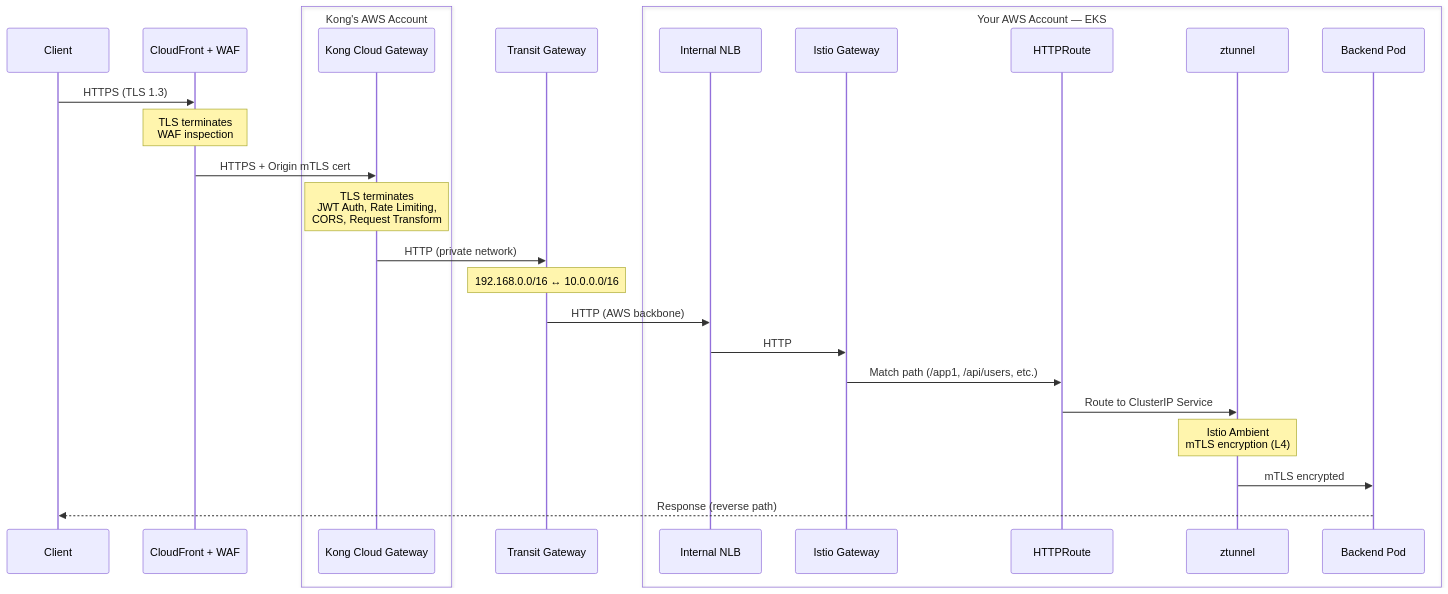
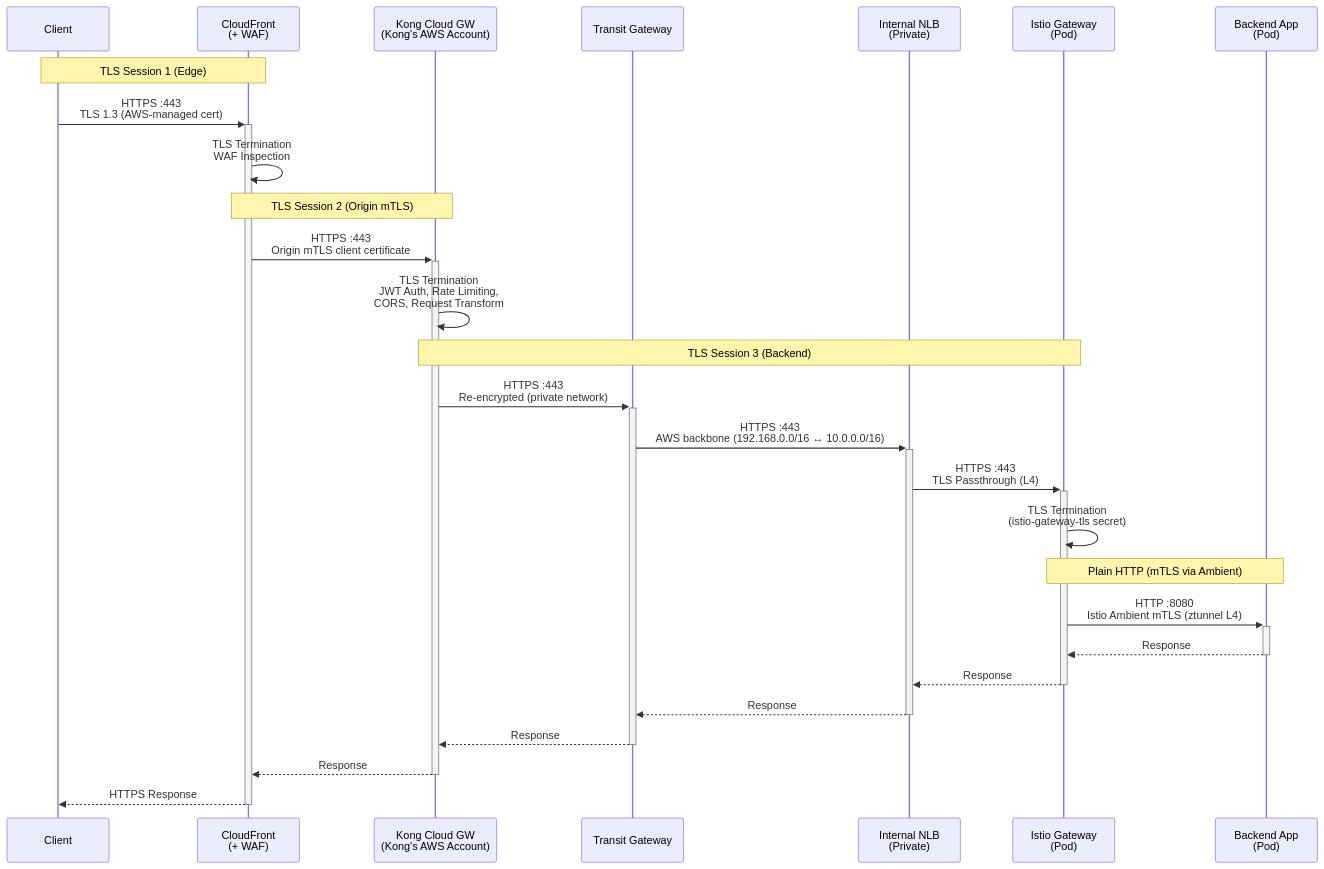
The third of 5 diagrams in README.md (shanaka-versent/Kong-Konnect-Cloud-Gateway-on-EKS), drawn with Mermaid before and after one commit. The commit also changed other lines of this file, not shown here.

Commit message:
Show TLS termination at Istio Gateway in architecture diagrams
Update encryption flow, sequence diagram, and architecture diagram to
accurately reflect HTTPS between Kong and NLB with TLS termination at
the Istio Gateway pod (using istio-gateway-tls secret). Step 7 cert
generation is now marked as required rather than optional.

````diff
--- a/README.md
+++ b/README.md
@@ -120,30 +121,33 @@
 ```mermaid
 sequenceDiagram
     participant C as Client
-    participant CF as CloudFront + WAF
-    box Kong's AWS Account
-        participant K as Kong Cloud Gateway
-    end
+    participant CF as CloudFront<br/>(+ WAF)
+    participant K as Kong Cloud GW<br/>(Kong's AWS Account)
     participant TGW as Transit Gateway
-    box Your AWS Account — EKS
-        participant NLB as Internal NLB
-        participant IG as Istio Gateway
-        participant HR as HTTPRoute
-        participant ZT as ztunnel
-        participant P as Backend Pod
-    end
+    participant NLB as Internal NLB<br/>(Private)
+    participant IG as Istio Gateway<br/>(Pod)
+    participant App as Backend App<br/>(Pod)
 
-    C->>CF: HTTPS (TLS 1.3)
-    Note over CF: TLS terminates<br/>WAF inspection
-    CF->>K: HTTPS + Origin mTLS cert
-    Note over K: TLS terminates<br/>JWT Auth, Rate Limiting,<br/>CORS, Request Transform
-    K->>TGW: HTTP (private network)
-    Note over TGW: 192.168.0.0/16 ↔ 10.0.0.0/16
-    TGW->>NLB: HTTP (AWS backbone)
-    NLB->>IG: HTTP
-    IG->>HR: Match path (/app1, /api/users, etc.)
-    HR->>ZT: Route to ClusterIP Service
-    Note over ZT: Istio Ambient<br/>mTLS encryption (L4)
-    ZT->>P: mTLS encrypted
-    P-->>C: Response (reverse path)
+    Note over C,CF: TLS Session 1 (Edge)
+    C->>+CF: HTTPS :443<br/>TLS 1.3 (AWS-managed cert)
+    CF->>CF: TLS Termination<br/>WAF Inspection
+
+    Note over CF,K: TLS Session 2 (Origin mTLS)
+    CF->>+K: HTTPS :443<br/>Origin mTLS client certificate
+    K->>K: TLS Termination<br/>JWT Auth, Rate Limiting,<br/>CORS, Request Transform
+
+    Note over K,IG: TLS Session 3 (Backend)
+    K->>+TGW: HTTPS :443<br/>Re-encrypted (private network)
+    TGW->>+NLB: HTTPS :443<br/>AWS backbone (192.168.0.0/16 ↔ 10.0.0.0/16)
+    NLB->>+IG: HTTPS :443<br/>TLS Passthrough (L4)
+    IG->>IG: TLS Termination<br/>(istio-gateway-tls secret)
+
+    Note over IG,App: Plain HTTP (mTLS via Ambient)
+    IG->>+App: HTTP :8080<br/>Istio Ambient mTLS (ztunnel L4)
+    App-->>-IG: Response
+    IG-->>-NLB: Response
+    NLB-->>-TGW: Response
+    TGW-->>-K: Response
+    K-->>-CF: Response
+    CF-->>-C: HTTPS Response
 ```
````
